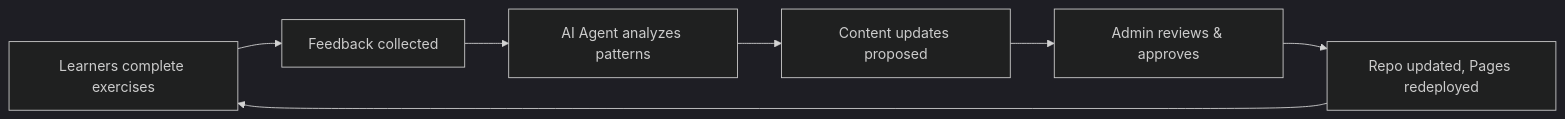
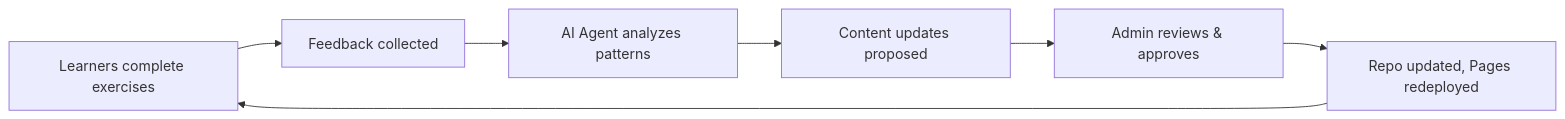
Before and after one commit to BrianKolowitz/ai-fluency: the diagram in proposal/implementation.md, drawn with Mermaid. The commit also changed other lines of this file and 17 other files, not shown here.

````diff
--- a/proposal/implementation.md
+++ b/proposal/implementation.md
@@ -89,10 +87,9 @@
-```mermaid
-%%{init: {'theme': 'dark'}}%%
+<div class="mermaid">
 flowchart LR
     A[Learners complete exercises] --> B[Feedback collected]
     B --> C[AI Agent analyzes patterns]
     C --> D[Content updates proposed]
     D --> E[Admin reviews & approves]
     E --> F[Repo updated, Pages redeployed]
     F --> A
-```
+</div>
````
